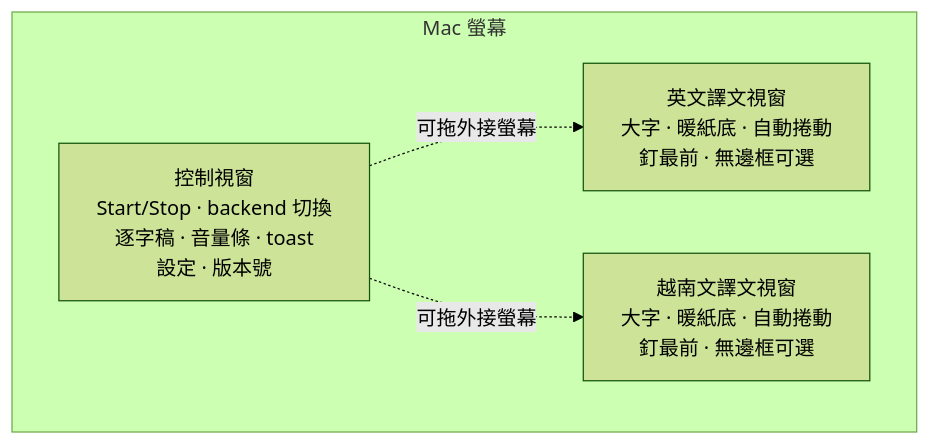
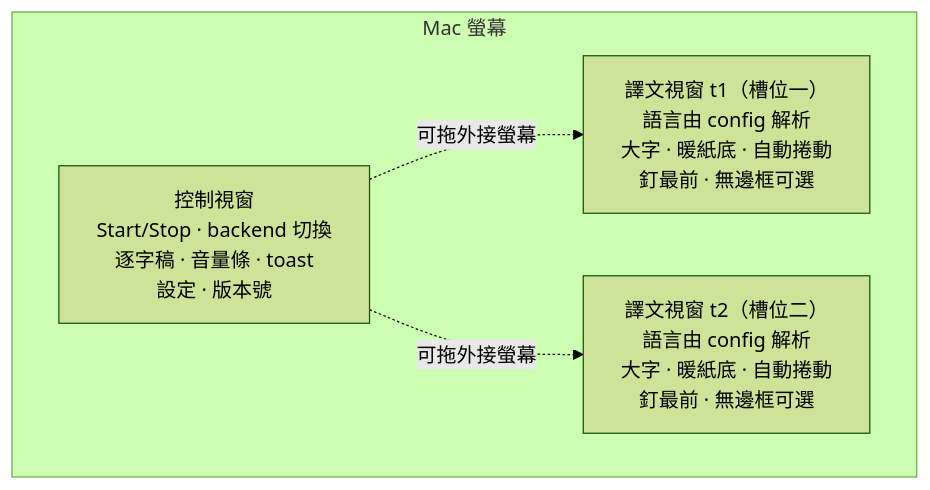
One commit to yeevclaw/MeetingCast changed the fifth of 6 diagrams in docs/ARCHITECTURE.md. Above: the diagram before and after it, drawn with Mermaid (forest theme). The commit also changed other lines of this file and 7 other files, not shown here.

Commit message:
docs: multi-language architecture + ADD_LANGUAGE SOP

````diff
--- a/docs/ARCHITECTURE.md
+++ b/docs/ARCHITECTURE.md
@@ -215,10 +215,10 @@
 ```mermaid
 graph TB
     subgraph "Mac 螢幕"
         Ctrl[控制視窗<br/>Start/Stop · backend 切換<br/>逐字稿 · 音量條 · toast<br/>設定 · 版本號]
-        En[英文譯文視窗<br/>大字 · 暖紙底 · 自動捲動<br/>釘最前 · 無邊框可選]
-        Vi[越南文譯文視窗<br/>大字 · 暖紙底 · 自動捲動<br/>釘最前 · 無邊框可選]
+        En[譯文視窗 t1（槽位一）<br/>語言由 config 解析<br/>大字 · 暖紙底 · 自動捲動<br/>釘最前 · 無邊框可選]
+        Vi[譯文視窗 t2（槽位二）<br/>語言由 config 解析<br/>大字 · 暖紙底 · 自動捲動<br/>釘最前 · 無邊框可選]
     end
     Ctrl -.可拖外接螢幕.-> En
     Ctrl -.可拖外接螢幕.-> Vi
 ```
````
